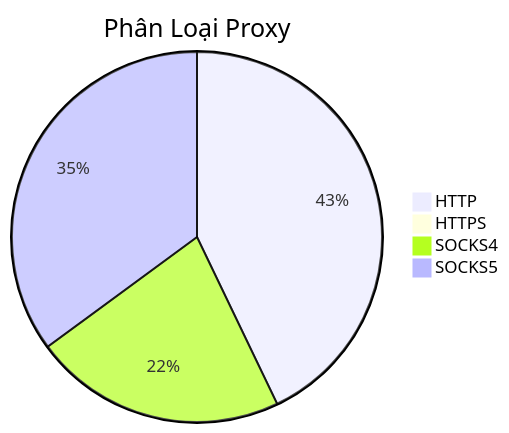
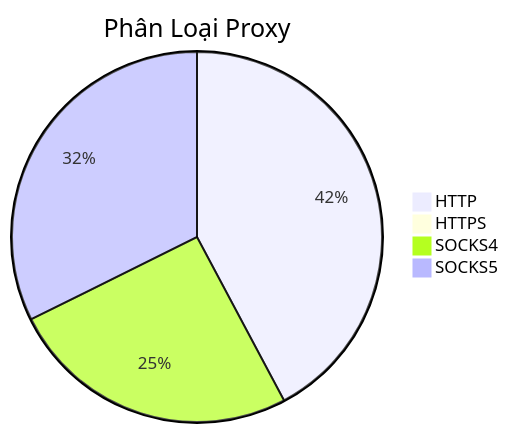
One commit to Ciara-12/PROXY-free changed the diagram in README.md. Above: the diagram before and after it, drawn with Mermaid. The commit also changed other lines of this file and 4 other files, not shown here.

````diff
--- a/README.md
+++ b/README.md
@@ -26,7 +26,7 @@
 ```mermaid
 pie title Phân Loại Proxy
-    "HTTP" : 743
-    "HTTPS" : 1
-    "SOCKS4" : 382
-    "SOCKS5" : 608
+    "HTTP" : 645
+    "HTTPS" : 0
+    "SOCKS4" : 389
+    "SOCKS5" : 494
 ```
````
